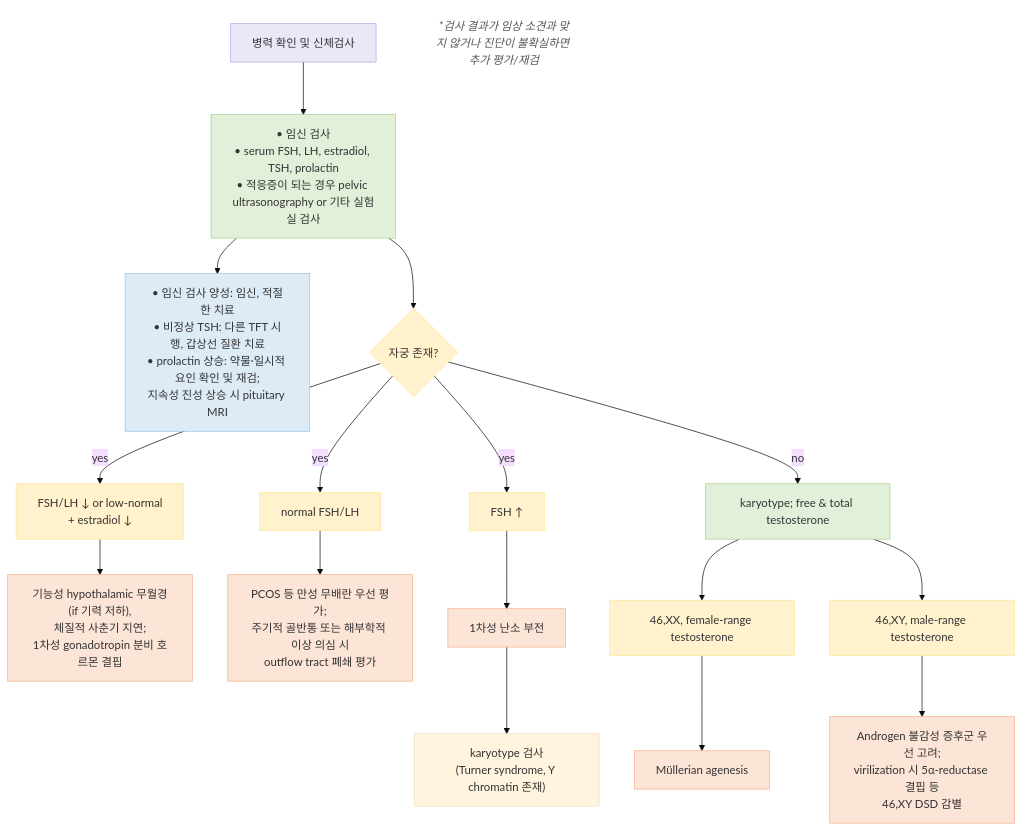
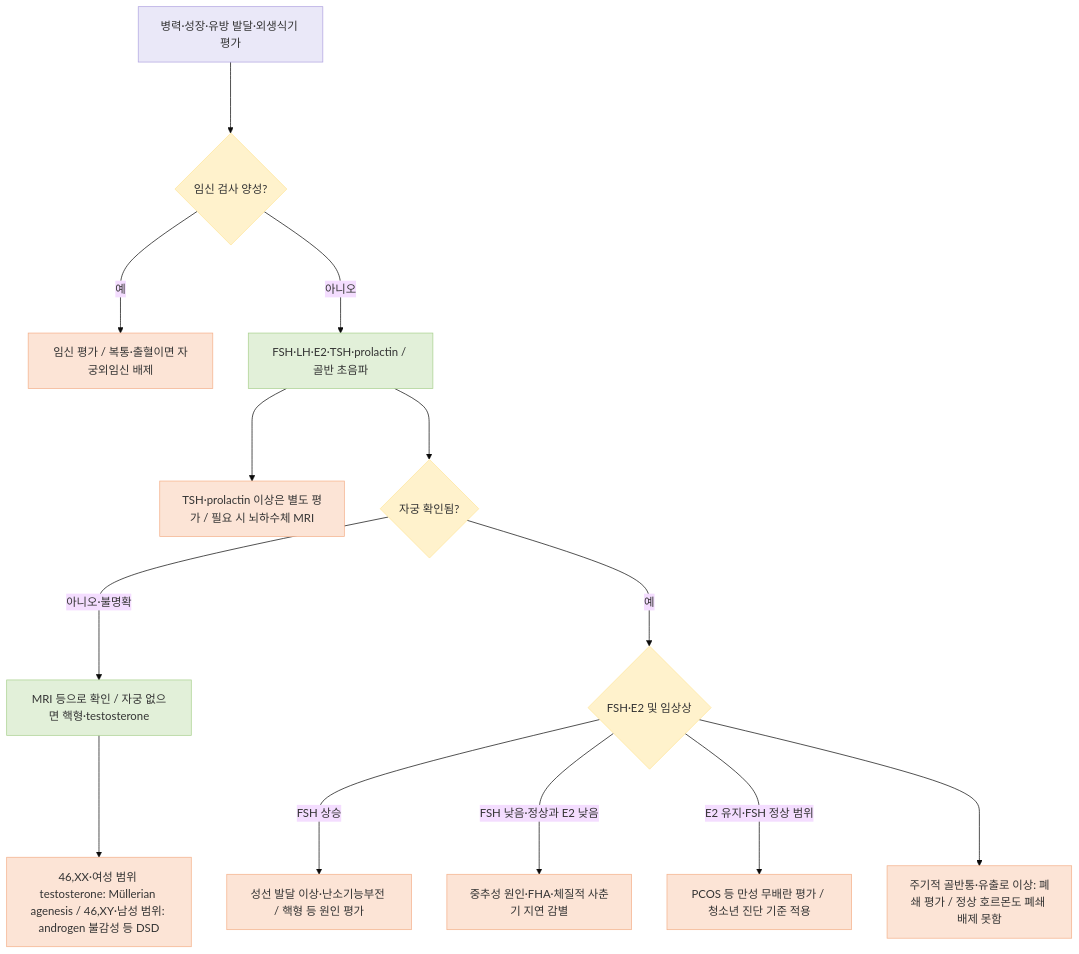
One commit to familyoh77/familyoh77 changed the first of 2 diagrams in 227_/130_-amenorrhea.md. Above: the diagram before and after it, drawn with Mermaid (base theme). The commit also changed other lines of this file and 3 other files, not shown here.

````diff
--- a/227_/130_-amenorrhea.md
+++ b/227_/130_-amenorrhea.md
@@ -94,43 +108,23 @@
 ```mermaid
 flowchart TD
-    A["병력 확인 및 신체검사"] --> B["• 임신 검사<br>• serum FSH, LH, estradiol, TSH, prolactin<br>• 적응증이 되는 경우 pelvic ultrasonography or 기타 실험실 검사"]
-
-    B --> C["• 임신 검사 양성: 임신, 적절한 치료<br>• 비정상 TSH: 다른 TFT 시행, 갑상선 질환 치료<br>• prolactin 상승: 약물·일시적 요인 확인 및 재검;<br>지속성 진성 상승 시 pituitary MRI"]
-    B --> D{"자궁 존재?"}
-
-    %% 자궁 존재: Yes
-    D -- yes --> E1["FSH/LH ↓ or low-normal<br>+ estradiol ↓"]
-    D -- yes --> E2["normal FSH/LH"]
-    D -- yes --> E3["FSH ↑"]
-
-    E1 --> F1["기능성 hypothalamic 무월경(if 기력 저하),<br>체질적 사춘기 지연;<br>1차성 gonadotropin 분비 호르몬 결핍"]
-    E2 --> F2["PCOS 등 만성 무배란 우선 평가;<br>주기적 골반통 또는 해부학적 이상 의심 시<br>outflow tract 폐쇄 평가"]
-    E3 --> F3_1["1차성 난소 부전"] --> F3_2["karyotype 검사<br>(Turner syndrome, Y chromatin 존재)"]
-
-    %% 자궁 존재: No
-    D -- no --> G["karyotype; free & total testosterone"]
-
-    G --> H1["46,XX, female-range testosterone"]
-    G --> H2["46,XY, male-range testosterone"]
-
-    H1 --> I1["Müllerian agenesis"]
-    H2 --> I2["Androgen 불감성 증후군 우선 고려;<br>virilization 시 5α-reductase 결핍 등<br>46,XY DSD 감별"]
-
-    %% 주석
-    FOOTNOTE["*검사 결과가 임상 소견과 맞지 않거나 진단이 불확실하면 추가 평가/재검"]
-
-    %% 스타일 정의
-    classDef purple fill:#EAE8F8,stroke:#B0A3E0,color:#333
-    classDef green fill:#E2F0D9,stroke:#A9D08E,color:#333
-    classDef blue fill:#DDEBF7,stroke:#9BC2E6,color:#333
-    classDef yellow fill:#FFF2CC,stroke:#FFE699,color:#333
-    classDef red fill:#FCE4D6,stroke:#F4B08A,color:#333
-    classDef note fill:none,stroke:none,color:#555,font-style:italic
-
-    class A purple
-    class B,G green
-    class C blue
-    class D,E1,E2,E3,H1,H2 yellow
-    class F1,F2,F3_1,I1,I2 red
-    class FOOTNOTE note
+    A["병력·성장·유방 발달·외생식기 평가"] ---> B{"임신 검사 양성?"}
+    B -- 예 ---> P["임신 평가 / 복통·출혈이면 자궁외임신 배제"]
+    B -- 아니오 ---> C["FSH·LH·E2·TSH·prolactin / 골반 초음파"]
+    C ---> T["TSH·prolactin 이상은 별도 평가 / 필요 시 뇌하수체 MRI"]
+    C ---> D{"자궁 확인됨?"}
+    D -- 아니오·불명확 ---> G["MRI 등으로 확인 / 자궁 없으면 핵형·testosterone"]
+    G ---> H["46,XX·여성 범위 testosterone: Müllerian agenesis / 46,XY·남성 범위: androgen 불감성 등 DSD"]
+    D -- 예 ---> E{"FSH·E2 및 임상상"}
+    E -- FSH 상승 ---> O["성선 발달 이상·난소기능부전 / 핵형 등 원인 평가"]
+    E -- FSH 낮음·정상과 E2 낮음 ---> L["중추성 원인·FHA·체질적 사춘기 지연 감별"]
+    E -- E2 유지·FSH 정상 범위 ---> N["PCOS 등 만성 무배란 평가 / 청소년 진단 기준 적용"]
+    E ---> V["주기적 골반통·유출로 이상: 폐쇄 평가 / 정상 호르몬도 폐쇄 배제 못함"]
+    classDef start fill:#EAE8F8,stroke:#B0A3E0,color:#333
+    classDef test fill:#E2F0D9,stroke:#A9D08E,color:#333
+    classDef decision fill:#FFF2CC,stroke:#FFE699,color:#333
+    classDef action fill:#FCE4D6,stroke:#F4B08A,color:#333
+    class A start
+    class C,G test
+    class B,D,E decision
+    class P,T,H,O,L,N,V action
 ```
````
